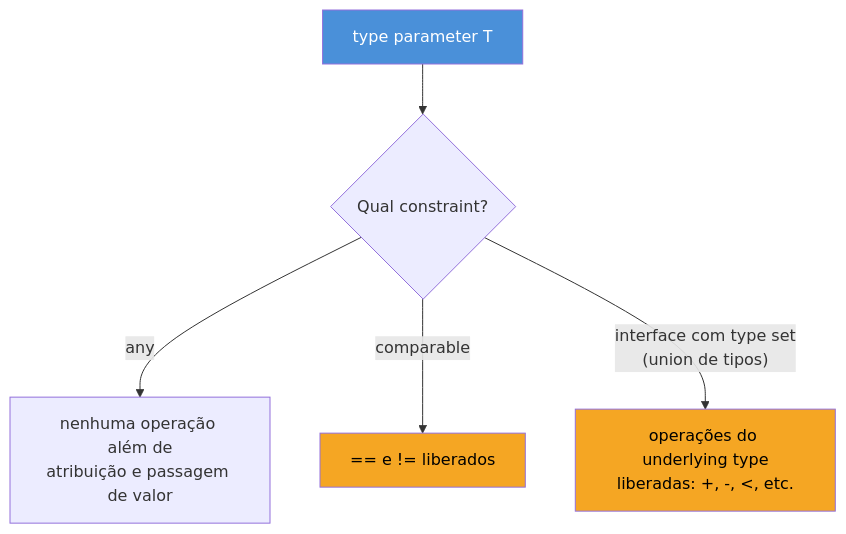
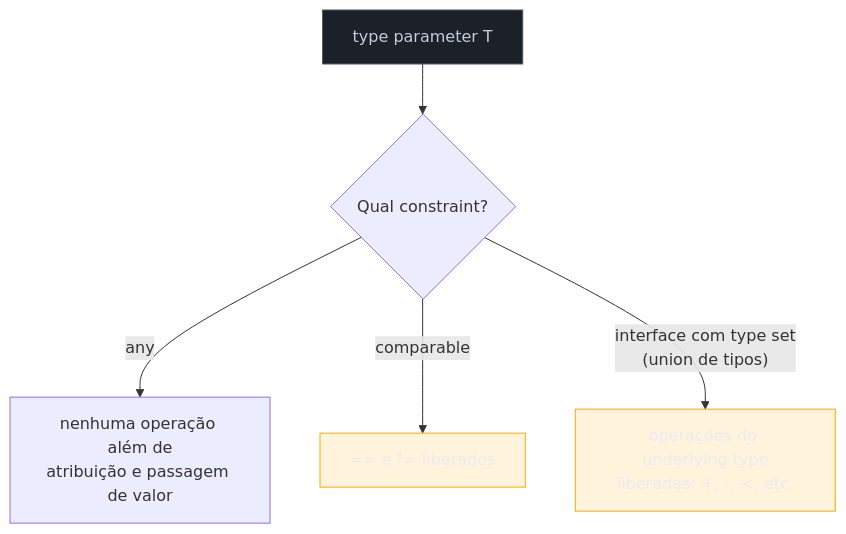
One commit to josenaldo/codex-technomanticus changed the first of 3 diagrams in 03-Dominios/Tecnologia/Go/06 - Generics/03 - Constraints.md. Above: the diagram before and after it, drawn with Mermaid. The commit also changed other lines of this file and 1181 other files, not shown here.

First line of the commit message:
fix(diagramas): paleta do sistema no lugar de cor cravada no markdown

````diff
--- a/03-Dominios/Tecnologia/Go/06 - Generics/03 - Constraints.md
+++ b/03-Dominios/Tecnologia/Go/06 - Generics/03 - Constraints.md
@@ -43,11 +43,13 @@
 ```mermaid
 flowchart TB
+    classDef neutro fill:#1B2029,stroke:#4E5666,color:#C6CCD8
+    classDef destaque fill:#FFAA0024,stroke:#FFAA00,color:#E9ECF2
     A["type parameter T"] --> B{"Qual constraint?"}
     B -->|"any"| C["nenhuma operação além de\natribuição e passagem de valor"]
     B -->|"comparable"| D["== e != liberados"]
     B -->|"interface com type set\n(union de tipos)"| E["operações do underlying type\nliberadas: +, -, <, etc."]
 
-    style A fill:#4A90D9,color:#fff
-    style D fill:#F5A623,color:#000
-    style E fill:#F5A623,color:#000
+    class A neutro
+    class D destaque
+    class E destaque
 ```
````
